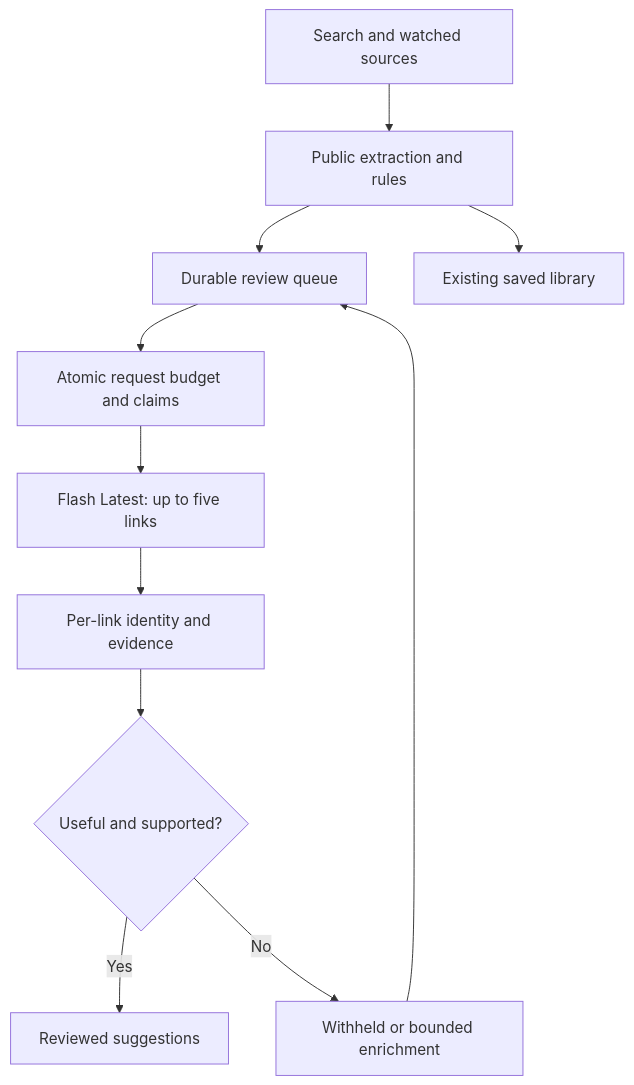
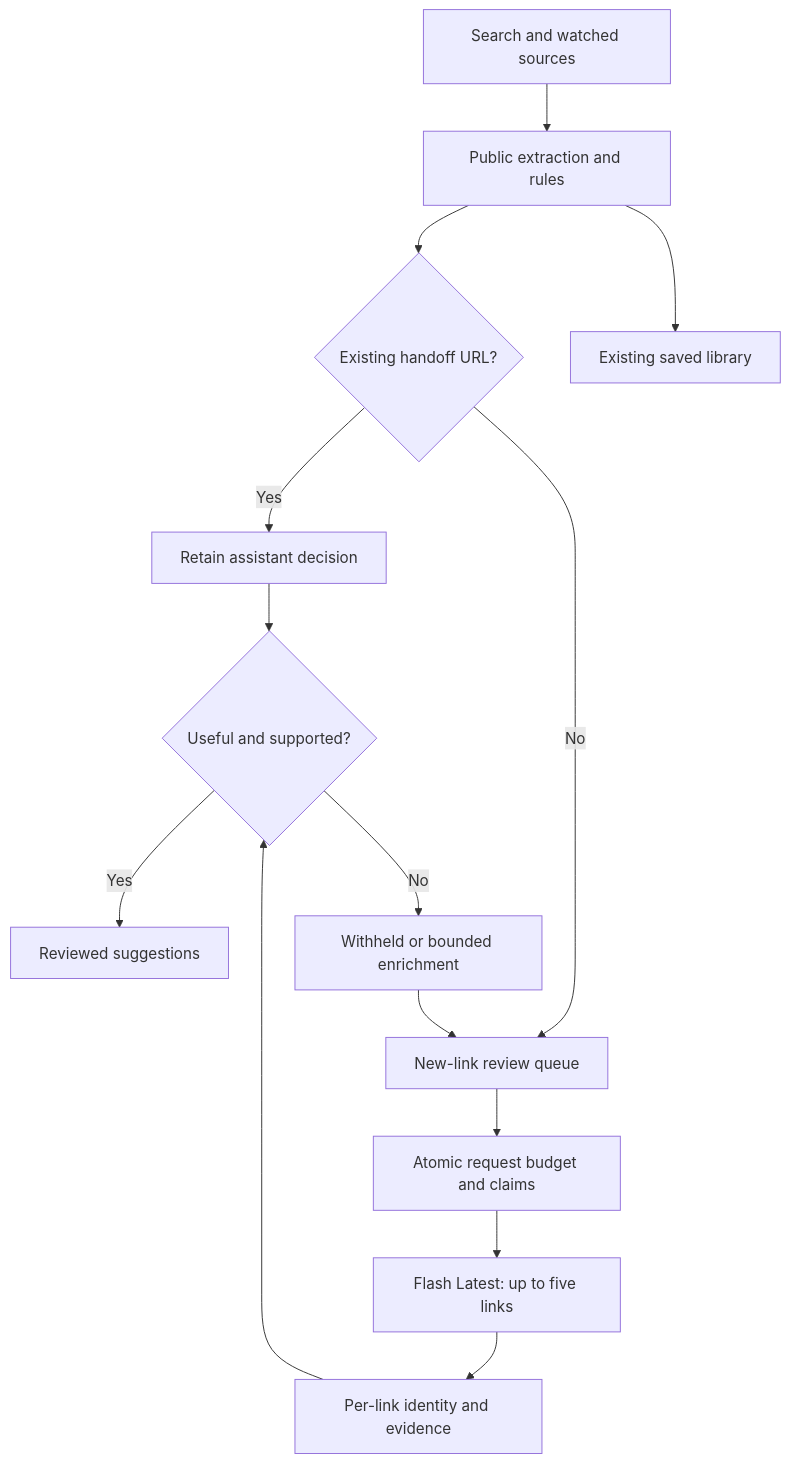
The diagram in docs/GEMINI_EVALUATION.md (Idoheled/StackSignal), drawn with Mermaid before and after one commit. The commit also changed other lines of this file and 19 other files, not shown here.

````diff
--- a/docs/GEMINI_EVALUATION.md
+++ b/docs/GEMINI_EVALUATION.md
@@ -63,13 +71,16 @@
 ```mermaid
 flowchart TD
   Sources["Search and watched sources"] --> Capture["Public extraction and rules"]
-  Capture --> Queue["Durable review queue"]
+  Capture --> Existing{"Existing handoff URL?"}
+  Existing -->|Yes| Retain["Retain assistant decision"]
+  Existing -->|No| Queue["New-link review queue"]
   Queue --> Reserve["Atomic request budget and claims"]
   Reserve --> Batch["Flash Latest: up to five links"]
   Batch --> Validate["Per-link identity and evidence"]
   Validate --> Admission{"Useful and supported?"}
   Admission -->|Yes| Feed["Reviewed suggestions"]
+  Retain --> Admission
   Admission -->|No| Hold["Withheld or bounded enrichment"]
   Hold --> Queue
   Capture --> Library["Existing saved library"]
 ```
````
